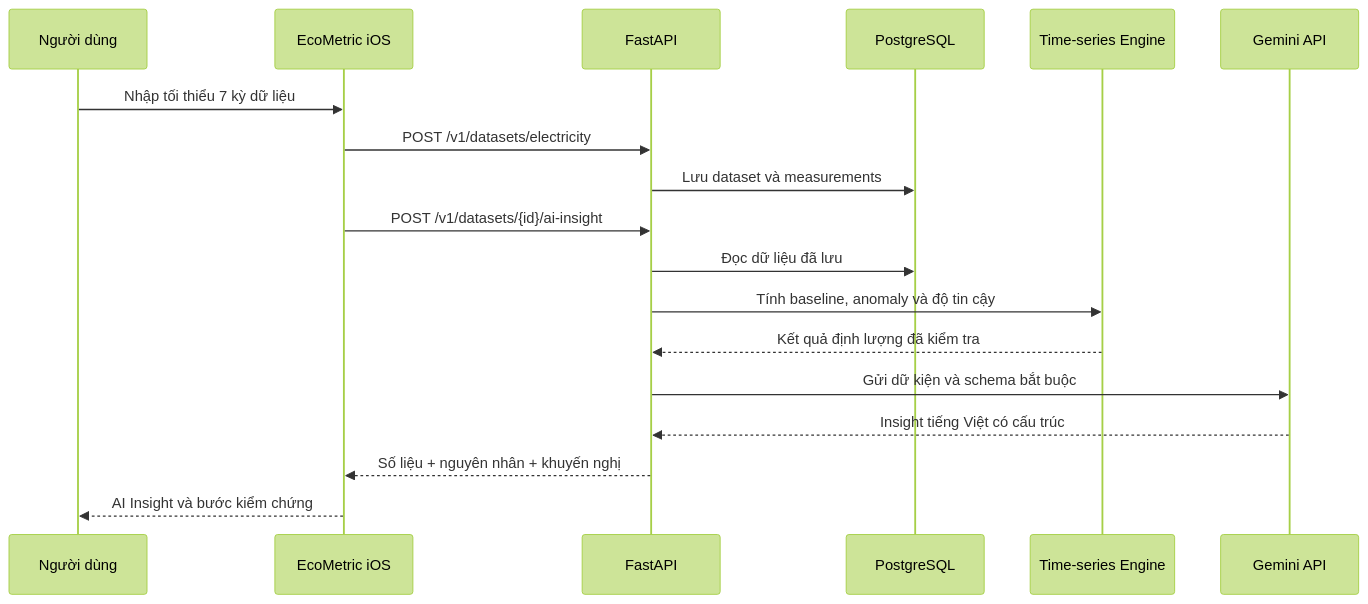
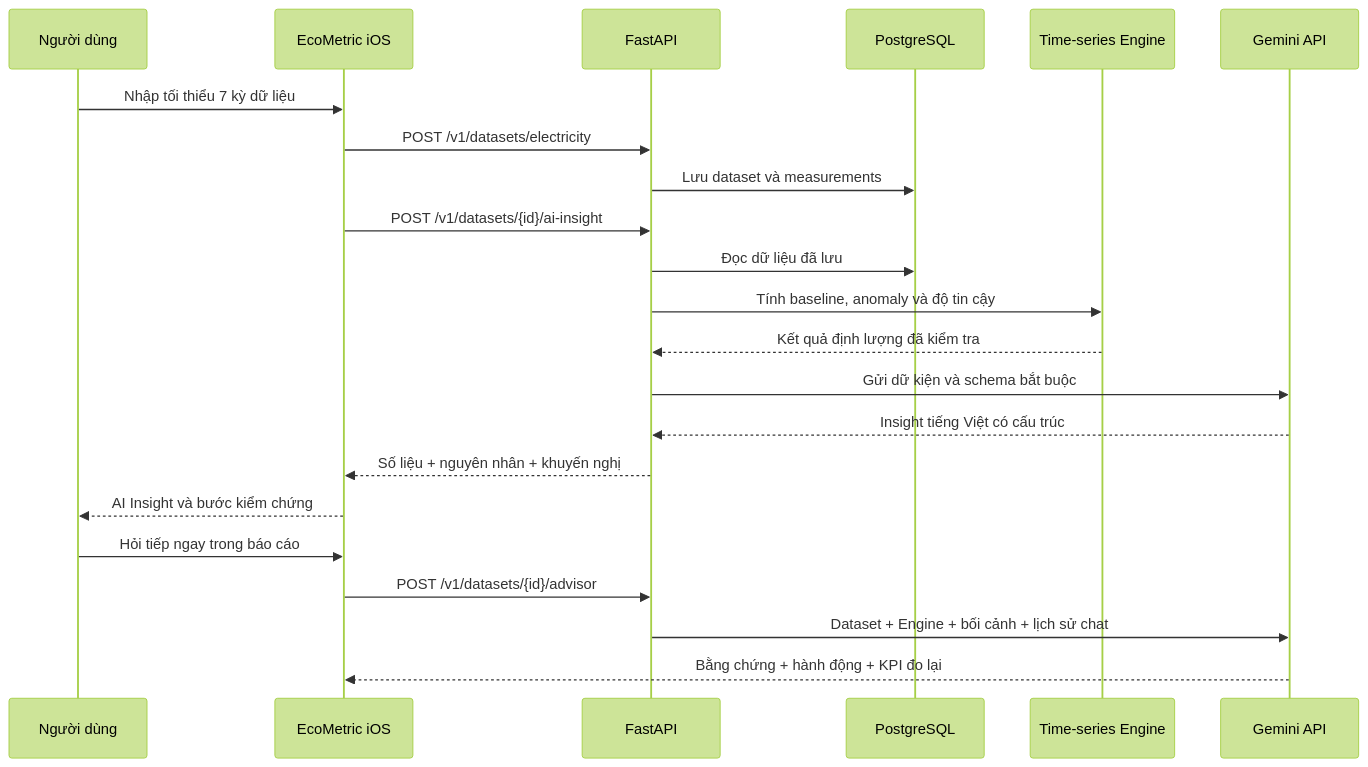
One commit to NXThanh01/EcoMetric-iOS changed the fourth of 5 diagrams in README.md. Above: the diagram before and after it, drawn with Mermaid (forest theme). The commit also changed other lines of this file and 16 other files, not shown here.

````diff
--- a/README.md
+++ b/README.md
@@ -157,21 +165,25 @@
 ```mermaid
 sequenceDiagram
     participant User as Người dùng
     participant App as EcoMetric iOS
     participant API as FastAPI
     participant DB as PostgreSQL
     participant Engine as Time-series Engine
     participant Gemini as Gemini API
 
     User->>App: Nhập tối thiểu 7 kỳ dữ liệu
     App->>API: POST /v1/datasets/electricity
     API->>DB: Lưu dataset và measurements
     App->>API: POST /v1/datasets/{id}/ai-insight
     API->>DB: Đọc dữ liệu đã lưu
     API->>Engine: Tính baseline, anomaly và độ tin cậy
     Engine-->>API: Kết quả định lượng đã kiểm tra
     API->>Gemini: Gửi dữ kiện và schema bắt buộc
     Gemini-->>API: Insight tiếng Việt có cấu trúc
     API-->>App: Số liệu + nguyên nhân + khuyến nghị
     App-->>User: AI Insight và bước kiểm chứng
+    User->>App: Hỏi tiếp ngay trong báo cáo
+    App->>API: POST /v1/datasets/{id}/advisor
+    API->>Gemini: Dataset + Engine + bối cảnh + lịch sử chat
+    Gemini-->>App: Bằng chứng + hành động + KPI đo lại
 ```
````
